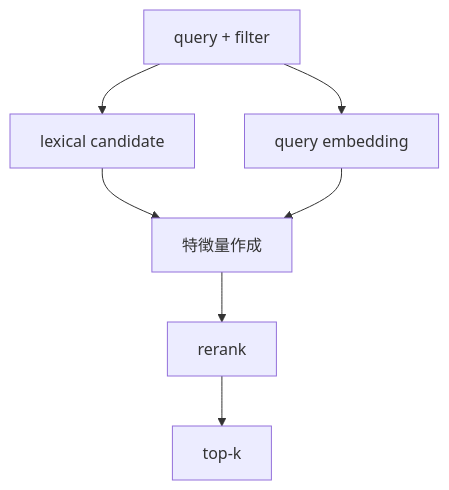
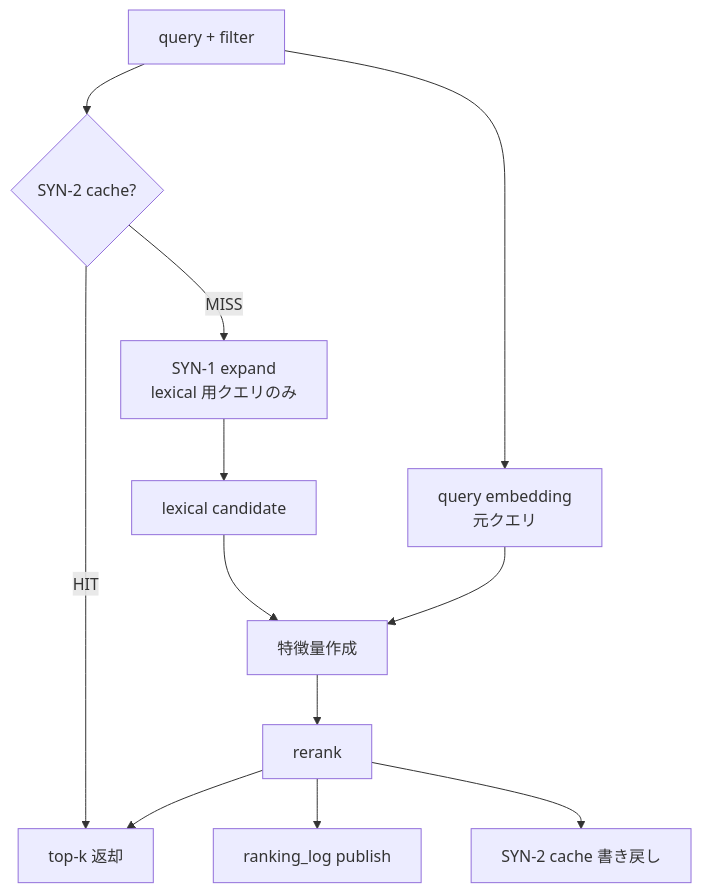
Before and after one commit to kurosawa-kuro/study-gcp-mlops_v2.0: the second of 8 diagrams in 3/study-hybrid-search-local/docs/教育資料/05_図解.md, drawn with Mermaid. The commit also changed other lines of this file and 17 other files, not shown here.

````diff
--- a/3/study-hybrid-search-local/docs/教育資料/05_図解.md
+++ b/3/study-hybrid-search-local/docs/教育資料/05_図解.md
@@ -24,10 +36,15 @@
 ```mermaid
 flowchart TB
     Q[query + filter]
-    Q --> L[lexical candidate]
-    Q --> S[query embedding]
+    Q --> SC{SYN-2 cache?}
+    SC -->|HIT| Out[top-k 返却]
+    SC -->|MISS| SE[SYN-1 expand<br/>lexical 用クエリのみ]
+    SE --> L[lexical candidate]
+    Q --> S[query embedding<br/>元クエリ]
     L --> F[特徴量作成]
     S --> F
     F --> R[rerank]
-    R --> O[top-k]
+    R --> Pub[ranking_log publish]
+    R --> SCw[SYN-2 cache 書き戻し]
+    R --> Out
 ```
````
